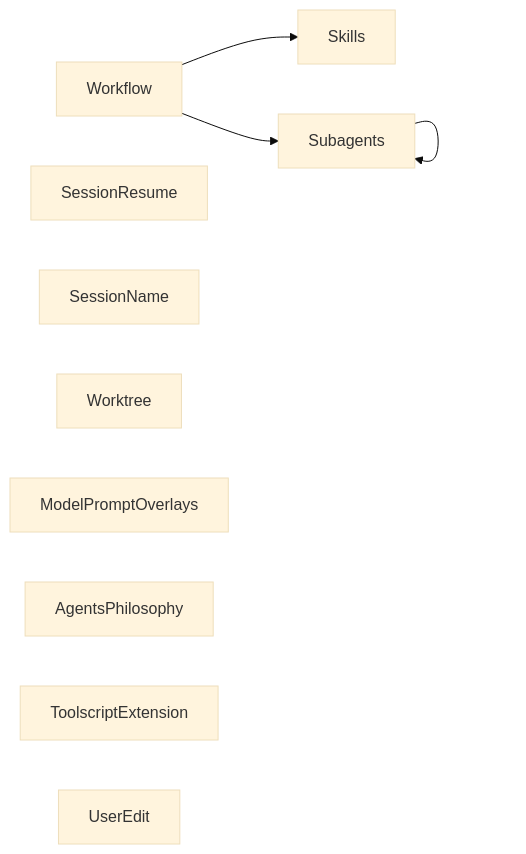
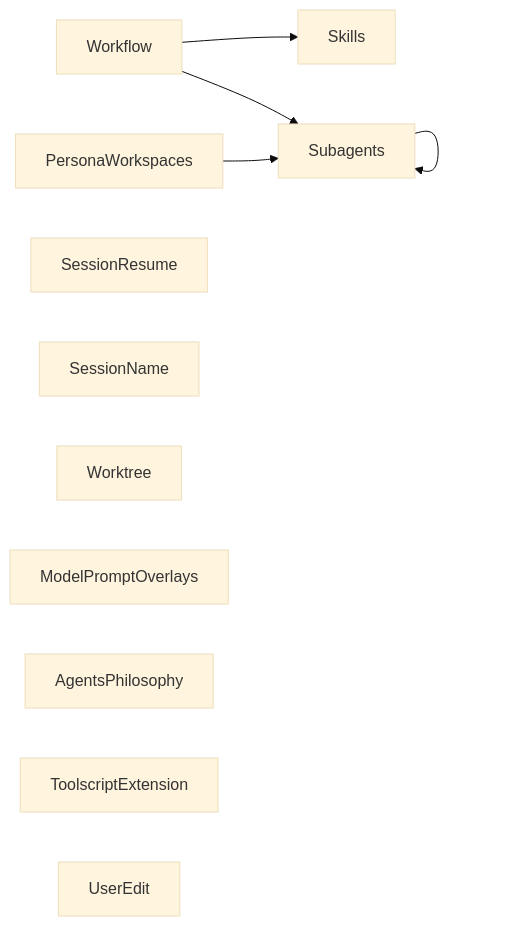
Before and after one commit to alennartz/my-pi: the first of 2 diagrams in codemap.md, drawn with Mermaid (base theme). The commit also changed other lines of this file and 4 other files, not shown here.

First line of the commit message:
persona-workspaces: rename public persona parameter, update guidance, verify

````diff
--- a/codemap.md
+++ b/codemap.md
@@ -7,13 +7,14 @@
 ```mermaid
 graph LR
   Workflow --> Skills
   Workflow --> Subagents
   Subagents --> Subagents
+  PersonaWorkspaces --> Subagents
   SessionResume
   SessionName
   Worktree
   ModelPromptOverlays
   AgentsPhilosophy
   ToolscriptExtension
   UserEdit
 ```
````
